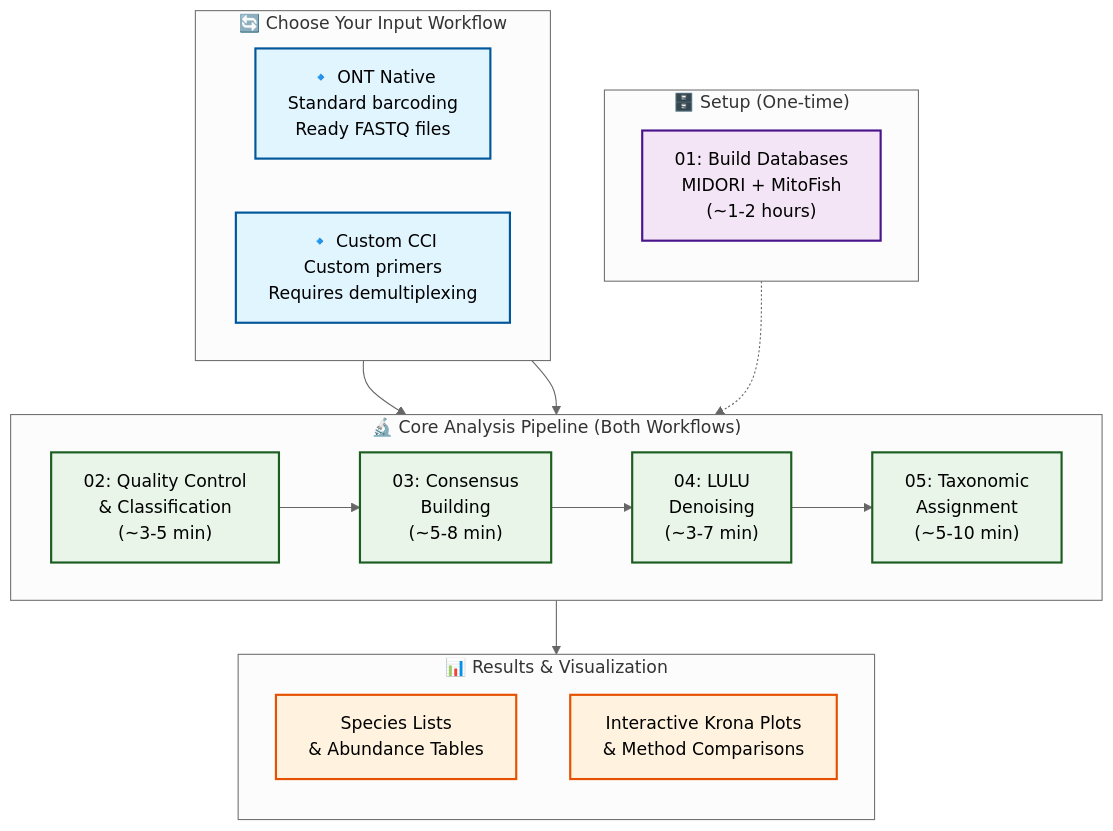
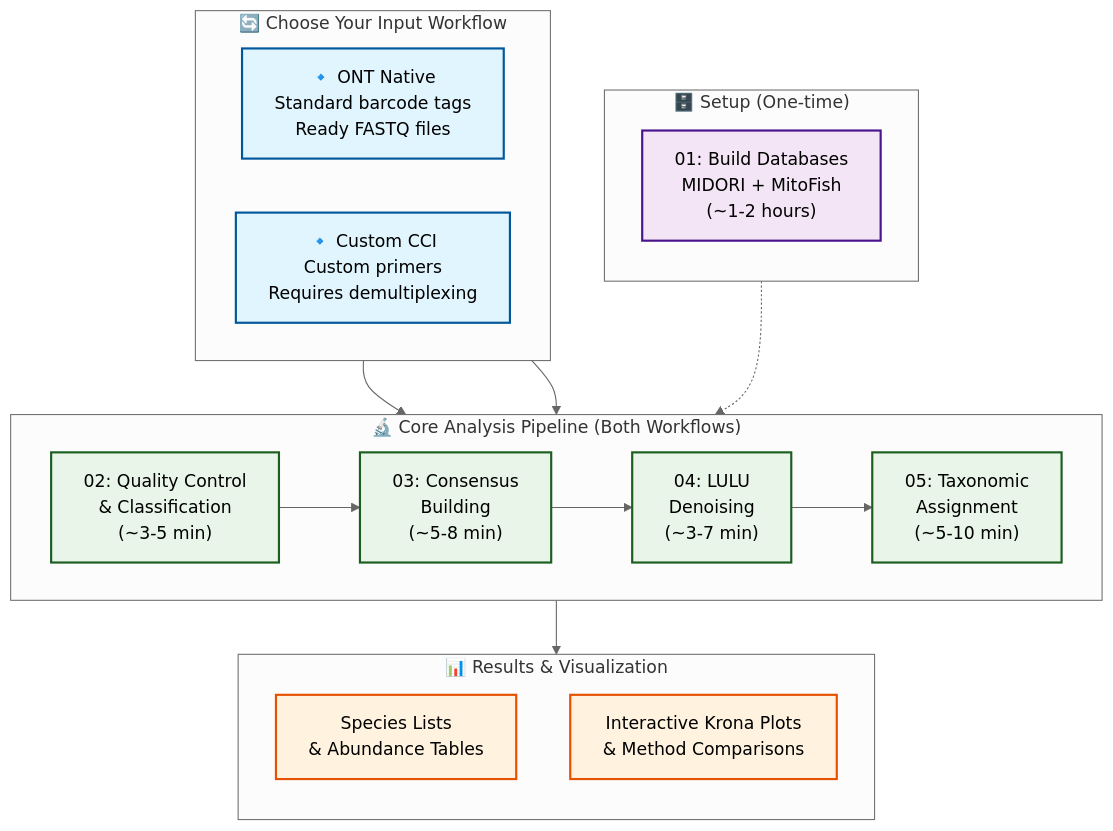
The diagram in README.md (piedna/DeCodeDNA), drawn with Mermaid (neutral theme) before and after one commit. The commit also changed other lines of this file, not shown here.

````diff
--- a/README.md
+++ b/README.md
@@ -25,50 +25,50 @@
 ```mermaid
 flowchart TB
   %% Define styling for different stages
   classDef workflow fill:#e1f5fe,stroke:#01579b,stroke-width:2px,color:#000
   classDef prep fill:#f3e5f5,stroke:#4a148c,stroke-width:2px,color:#000
   classDef analysis fill:#e8f5e8,stroke:#1b5e20,stroke-width:2px,color:#000
   classDef results fill:#fff3e0,stroke:#e65100,stroke-width:2px,color:#000
 
   %% Data preparation
   subgraph prep ["🗄️ Setup (One-time)"]
     direction TB
     DB["01: Build Databases<br/>MIDORI + MitoFish<br/>(~1-2 hours)"]
   end
 
   %% Two workflow inputs
   subgraph workflows ["🔄 Choose Your Input Workflow"]
     direction LR
-    A["🔹 ONT Native<br/>Standard barcoding<br/>Ready FASTQ files"]
+    A["🔹 ONT Native<br/>Standard barcode tags<br/>Ready FASTQ files"]
     B["🔹 Custom CCI<br/>Custom primers<br/>Requires demultiplexing"]
   end
 
   %% Core analysis pipeline (shared)
   subgraph analysis ["🔬 Core Analysis Pipeline (Both Workflows)"]
     direction LR
     E["02: Quality Control<br/>& Classification<br/>(~3-5 min)"]
     F["03: Consensus<br/>Building<br/>(~5-8 min)"]
     G["04: LULU<br/>Denoising<br/>(~3-7 min)"]
     H["05: Taxonomic<br/>Assignment<br/>(~5-10 min)"]
     E --> F --> G --> H
   end
 
   %% Results
   subgraph results ["📊 Results & Visualization"]
     direction TB
     I["Species Lists<br/>& Abundance Tables"]
     J["Interactive Krona Plots<br/>& Method Comparisons"]
   end
 
   %% Connect workflows
   DB -.-> analysis
   A --> analysis
   B --> analysis
   analysis --> results
 
   %% Apply styling
   class A,B workflow
   class DB prep
   class E,F,G,H analysis
   class I,J results
 ```
````
